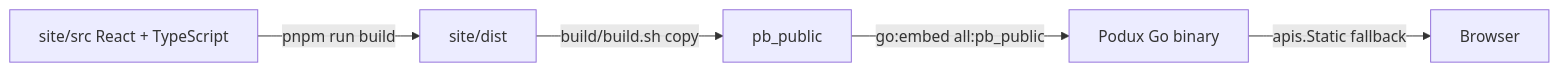
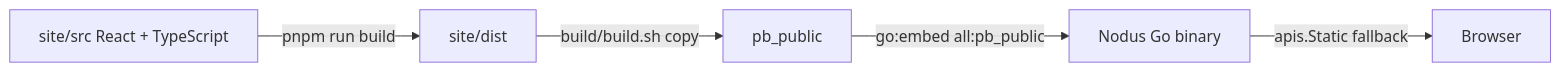
One commit to sexyfeifan/Nodus changed the third of 3 diagrams in development/architecture.md. Above: the diagram before and after it, drawn with Mermaid. The commit also changed other lines of this file and 59 other files, not shown here.

First line of the commit message:
Rename all podux references to Nodus

````diff
--- a/development/architecture.md
+++ b/development/architecture.md
@@ -71,7 +71,7 @@
 ```mermaid
 flowchart LR
   SRC[site/src React + TypeScript] -->|pnpm run build| DIST[site/dist]
   DIST -->|build/build.sh copy| PUBLIC[pb_public]
-  PUBLIC -->|go:embed all:pb_public| BIN[Podux Go binary]
+  PUBLIC -->|go:embed all:pb_public| BIN[Nodus Go binary]
   BIN -->|apis.Static fallback| WEB[Browser]
 ```
````
